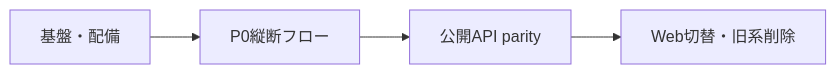
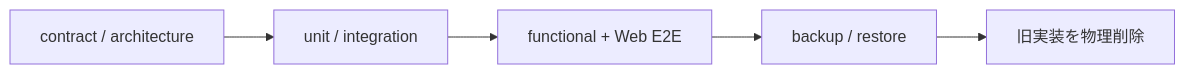
One commit to r4ai/news-podcast changed the second of 3 diagrams in docs/functional-ddd-migration.md. Above: the diagram before and after it, drawn with Mermaid. The commit also changed other lines of this file and 8 other files, not shown here.

Commit message:
docs(architecture): record legacy removal

````diff
--- a/docs/functional-ddd-migration.md
+++ b/docs/functional-ddd-migration.md
@@ -83,4 +49,7 @@
 ```mermaid
 flowchart LR
-  Foundation["基盤・配備"] --> Core["P0縦断フロー"] --> Parity["公開API parity"] --> Cutover["Web切替・旧系削除"]
+  Contract["contract / architecture"] --> Tests["unit / integration"]
+  Tests --> E2E["functional + Web E2E"]
+  E2E --> Recovery["backup / restore"]
+  Recovery --> Delete["旧実装を物理削除"]
 ```
````
